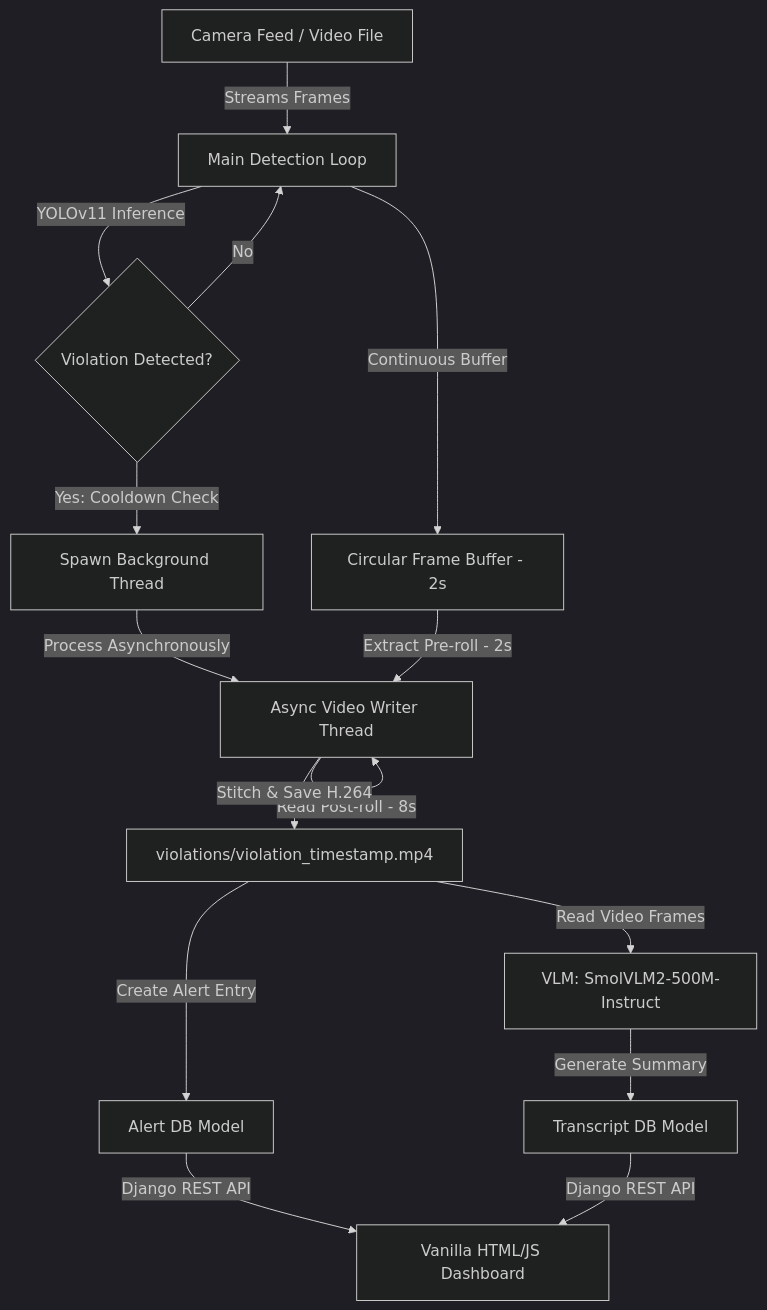
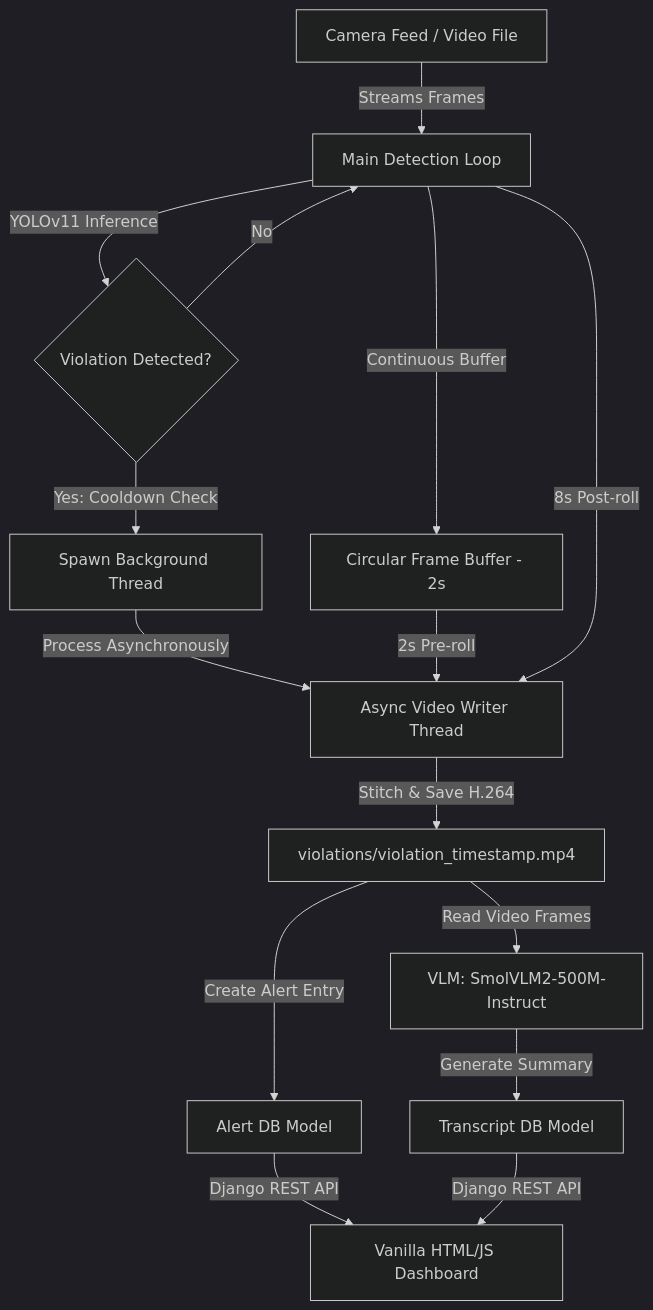
The diagram in README.md (RananJ/SurveillanceAi), drawn with Mermaid (dark theme) before and after one commit.

Commit message:
docs: update video processing workflow diagram in README to reflect pre-roll and post-roll logic changes

````diff
--- a/README.md
+++ b/README.md
@@ -19,20 +19,21 @@
 ```mermaid
 flowchart TD
     VideoSource[Camera Feed / Video File] -->|Streams Frames| MainLoop[Main Detection Loop]
     MainLoop -->|Continuous Buffer| FrameBuffer[Circular Frame Buffer - 2s]
     MainLoop -->|YOLOv11 Inference| ViolationCheck{Violation Detected?}
     
     ViolationCheck -->|No| MainLoop
     ViolationCheck -->|Yes: Cooldown Check| ThreadTrigger[Spawn Background Thread]
     
     ThreadTrigger -->|Process Asynchronously| AsyncWorker[Async Video Writer Thread]
-    AsyncWorker -->|Read Post-roll - 8s| AsyncWorker
-    FrameBuffer -->|Extract Pre-roll - 2s| AsyncWorker
+    FrameBuffer -->|2s Pre-roll| AsyncWorker
+    MainLoop -->|8s Post-roll| AsyncWorker
+    
     AsyncWorker -->|Stitch & Save H.264| VideoFile["violations/violation_timestamp.mp4"]
     
     VideoFile -->|Read Video Frames| VLM["VLM: SmolVLM2-500M-Instruct"]
     VLM -->|Generate Summary| TranscriptModel[Transcript DB Model]
     VideoFile -->|Create Alert Entry| AlertModel[Alert DB Model]
     
     AlertModel & TranscriptModel -->|Django REST API| WebDashboard[Vanilla HTML/JS Dashboard]
 ```
````
